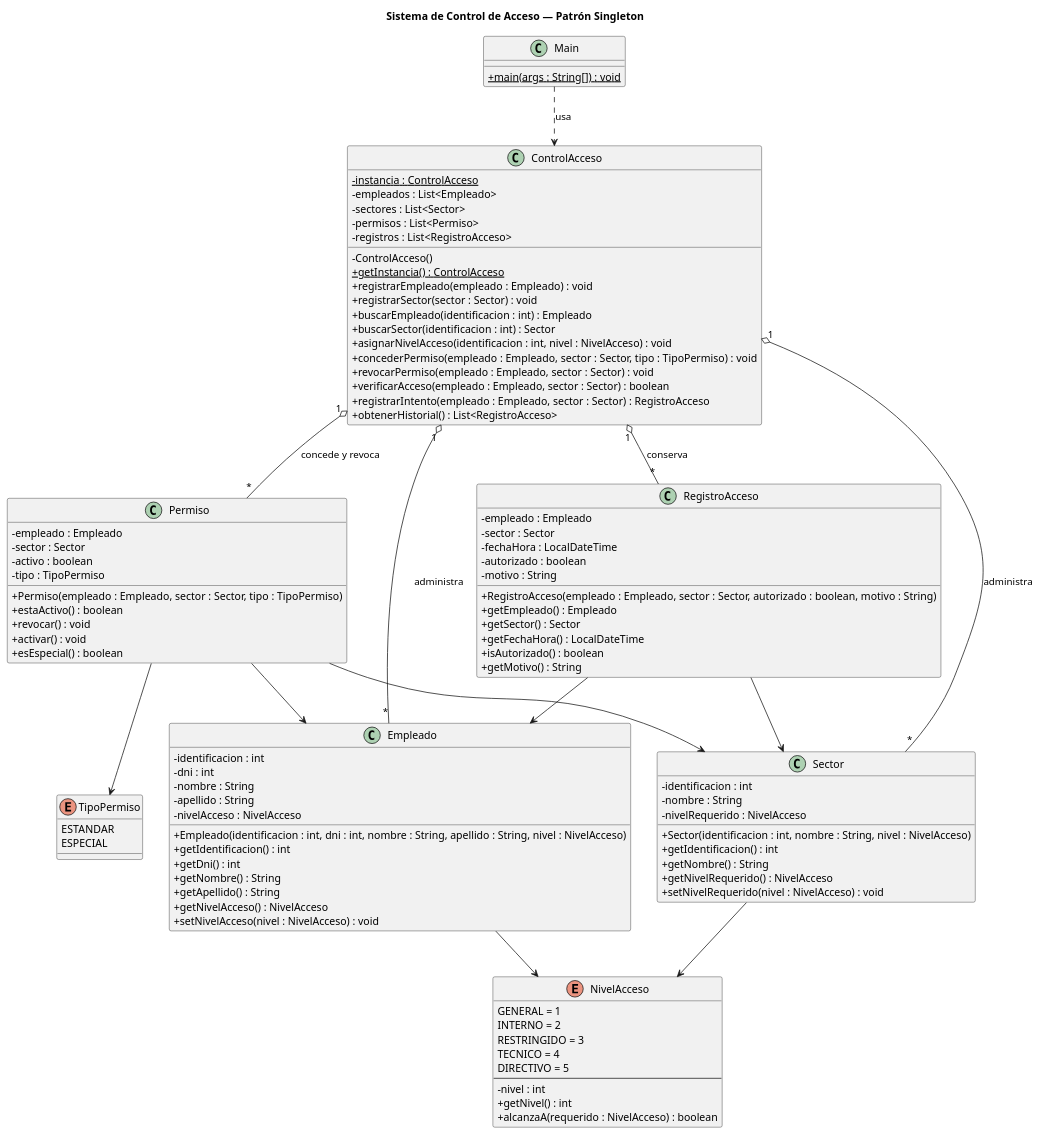
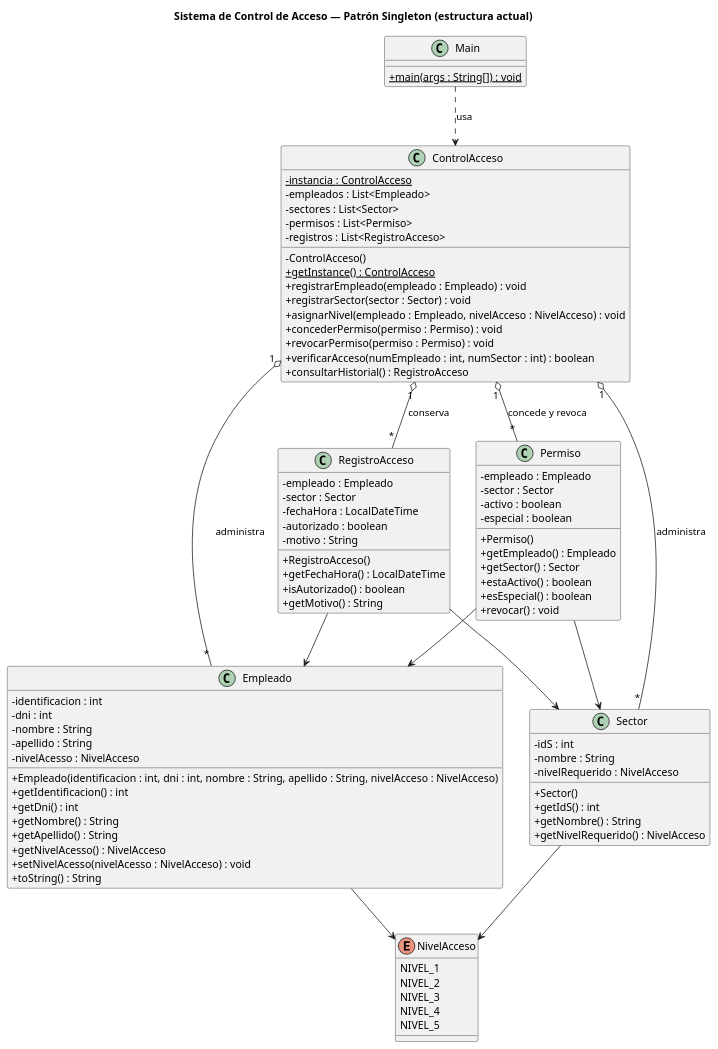
Before and after one commit to PatronSingleton-DisenoSoftware/Patron-Singleton-Software-EGI: the diagram in docs/assets/uml-clases.puml, drawn with PlantUML. The commit also changed 12 other files, not shown here.

```diff
--- a/docs/assets/uml-clases.puml
+++ b/docs/assets/uml-clases.puml
@@ -1,117 +1,103 @@
 @startuml uml-clases
-' Diagrama de clases de la Sección II.
+' Diagrama de clases de la Sección II, alineado al código de src/ en main.
 ' Renderizar en https://www.plantuml.com/plantuml/uml/ o con el plugin
 ' "PlantUML integration" de IntelliJ, y exportar a PNG para el PDF de entrega.
 
 skinparam classAttributeIconSize 0
 skinparam shadowing false
 
-title Sistema de Control de Acceso — Patrón Singleton
+title Sistema de Control de Acceso — Patrón Singleton (estructura actual)
 
 class ControlAcceso {
   {static} -instancia : ControlAcceso
   -empleados : List<Empleado>
   -sectores : List<Sector>
   -permisos : List<Permiso>
   -registros : List<RegistroAcceso>
   -ControlAcceso()
-  {static} +getInstancia() : ControlAcceso
+  {static} +getInstance() : ControlAcceso
   +registrarEmpleado(empleado : Empleado) : void
   +registrarSector(sector : Sector) : void
-  +buscarEmpleado(identificacion : int) : Empleado
-  +buscarSector(identificacion : int) : Sector
-  +asignarNivelAcceso(identificacion : int, nivel : NivelAcceso) : void
-  +concederPermiso(empleado : Empleado, sector : Sector, tipo : TipoPermiso) : void
-  +revocarPermiso(empleado : Empleado, sector : Sector) : void
-  +verificarAcceso(empleado : Empleado, sector : Sector) : boolean
-  +registrarIntento(empleado : Empleado, sector : Sector) : RegistroAcceso
-  +obtenerHistorial() : List<RegistroAcceso>
+  +asignarNivel(empleado : Empleado, nivelAcceso : NivelAcceso) : void
+  +concederPermiso(permiso : Permiso) : void
+  +revocarPermiso(permiso : Permiso) : void
+  +verificarAcceso(numEmpleado : int, numSector : int) : boolean
+  +consultarHistorial() : RegistroAcceso
 }
 
 class Empleado {
   -identificacion : int
   -dni : int
   -nombre : String
   -apellido : String
-  -nivelAcceso : NivelAcceso
-  +Empleado(identificacion : int, dni : int, nombre : String, apellido : String, nivel : NivelAcceso)
+  -nivelAcesso : NivelAcceso
+  +Empleado(identificacion : int, dni : int, nombre : String, apellido : String, nivelAcceso : NivelAcceso)
   +getIdentificacion() : int
   +getDni() : int
   +getNombre() : String
   +getApellido() : String
-  +getNivelAcceso() : NivelAcceso
-  +setNivelAcceso(nivel : NivelAcceso) : void
+  +getNivelAcesso() : NivelAcceso
+  +setNivelAcesso(nivelAcesso : NivelAcceso) : void
+  +toString() : String
 }
 
 class Sector {
-  -identificacion : int
+  -idS : int
   -nombre : String
   -nivelRequerido : NivelAcceso
-  +Sector(identificacion : int, nombre : String, nivel : NivelAcceso)
-  +getIdentificacion() : int
+  +Sector()
+  +getIdS() : int
   +getNombre() : String
   +getNivelRequerido() : NivelAcceso
-  +setNivelRequerido(nivel : NivelAcceso) : void
 }
 
 class Permiso {
   -empleado : Empleado
   -sector : Sector
   -activo : boolean
-  -tipo : TipoPermiso
-  +Permiso(empleado : Empleado, sector : Sector, tipo : TipoPermiso)
+  -especial : boolean
+  +Permiso()
+  +getEmpleado() : Empleado
+  +getSector() : Sector
   +estaActivo() : boolean
+  +esEspecial() : boolean
   +revocar() : void
-  +activar() : void
-  +esEspecial() : boolean
 }
 
 class RegistroAcceso {
   -empleado : Empleado
   -sector : Sector
   -fechaHora : LocalDateTime
   -autorizado : boolean
   -motivo : String
-  +RegistroAcceso(empleado : Empleado, sector : Sector, autorizado : boolean, motivo : String)
-  +getEmpleado() : Empleado
-  +getSector() : Sector
+  +RegistroAcceso()
   +getFechaHora() : LocalDateTime
   +isAutorizado() : boolean
   +getMotivo() : String
 }
 
 enum NivelAcceso {
-  GENERAL = 1
-  INTERNO = 2
-  RESTRINGIDO = 3
-  TECNICO = 4
-  DIRECTIVO = 5
-  --
-  -nivel : int
-  +getNivel() : int
-  +alcanzaA(requerido : NivelAcceso) : boolean
-}
-
-enum TipoPermiso {
-  ESTANDAR
-  ESPECIAL
+  NIVEL_1
+  NIVEL_2
+  NIVEL_3
+  NIVEL_4
+  NIVEL_5
 }
 
 class Main {
   {static} +main(args : String[]) : void
 }
 
 ControlAcceso "1" o-- "*" Empleado : administra
 ControlAcceso "1" o-- "*" Sector : administra
 ControlAcceso "1" o-- "*" Permiso : concede y revoca
 ControlAcceso "1" o-- "*" RegistroAcceso : conserva
 Permiso --> Empleado
 Permiso --> Sector
 RegistroAcceso --> Empleado
 RegistroAcceso --> Sector
 Empleado --> NivelAcceso
 Sector --> NivelAcceso
-Permiso --> TipoPermiso
 Main ..> ControlAcceso : usa
 
 @enduml
```
